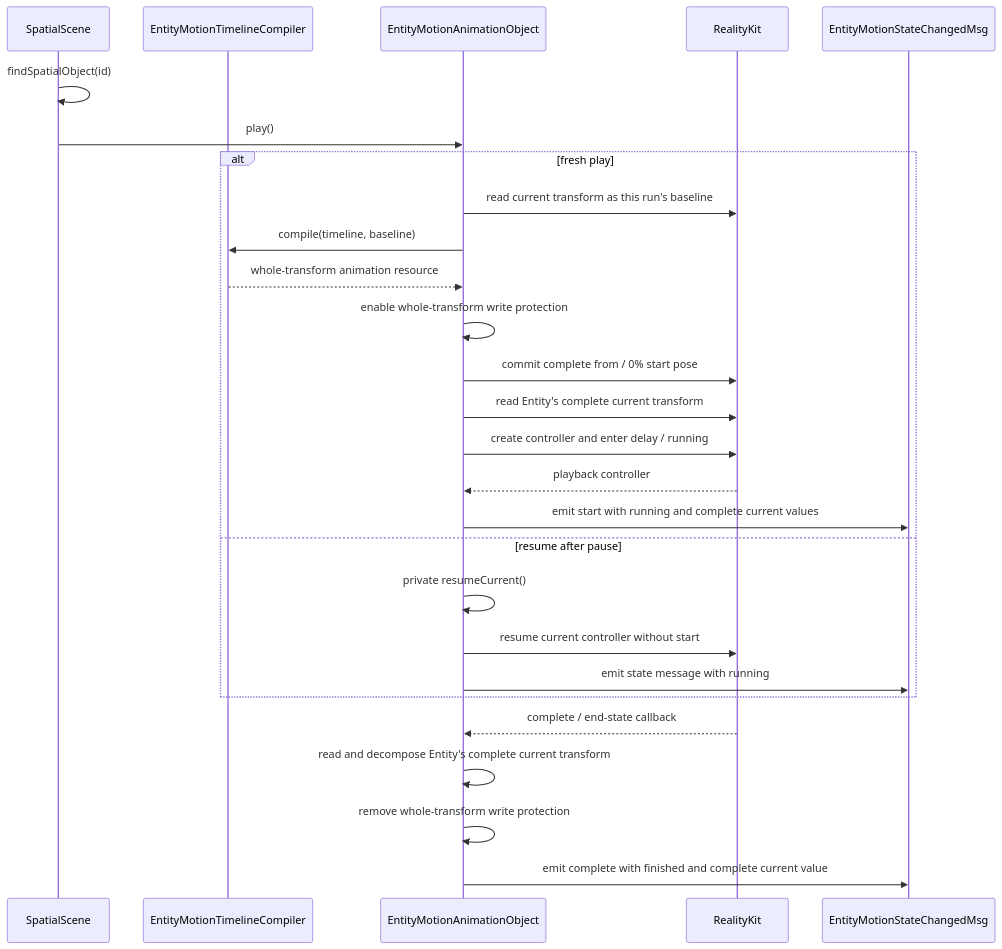
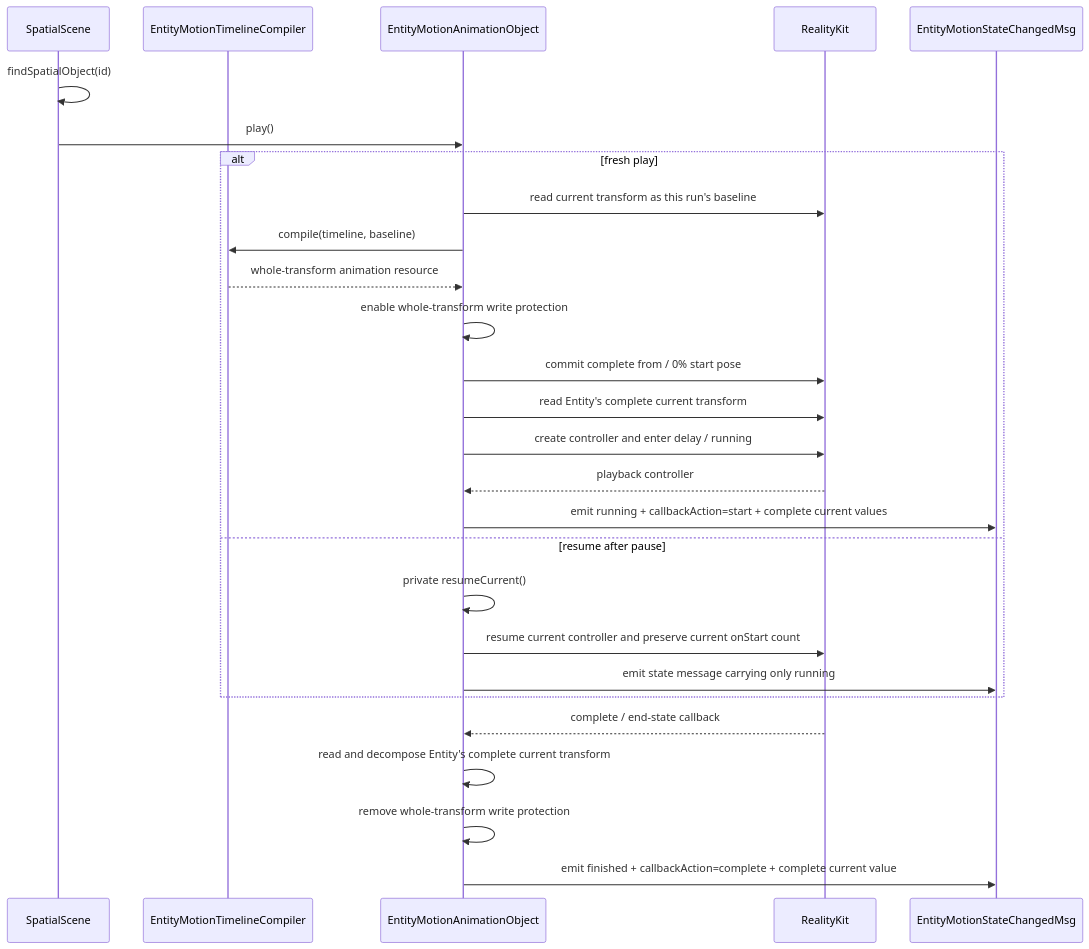
Before and after one commit to webspatial/webspatial-sdk: diagram 11 of 14 in openspec/changes/redesign-entity-motion-api/design.md, drawn with Mermaid. The commit also changed other lines of this file and 5 other files, not shown here.

````diff
--- a/openspec/changes/redesign-entity-motion-api/design.md
+++ b/openspec/changes/redesign-entity-motion-api/design.md
@@ -1231,30 +1233,30 @@
 ```mermaid
 sequenceDiagram
     participant Scene as SpatialScene
     participant Compiler as EntityMotionTimelineCompiler
     participant Obj as EntityMotionAnimationObject
     participant RK as RealityKit
     participant Event as EntityMotionStateChangedMsg
 
     Scene->>Scene: findSpatialObject(id)
     Scene->>Obj: play()
     alt fresh play
         Obj->>RK: read current transform as this run's baseline
         Obj->>Compiler: compile(timeline, baseline)
         Compiler-->>Obj: whole-transform animation resource
         Obj->>Obj: enable whole-transform write protection
         Obj->>RK: commit complete from / 0% start pose
         Obj->>RK: read Entity's complete current transform
         Obj->>RK: create controller and enter delay / running
         RK-->>Obj: playback controller
-        Obj->>Event: emit start with running and complete current values
+        Obj->>Event: emit running + callbackAction=start + complete current values
     else resume after pause
         Obj->>Obj: private resumeCurrent()
-        Obj->>RK: resume current controller without start
-        Obj->>Event: emit state message with running
+        Obj->>RK: resume current controller and preserve current onStart count
+        Obj->>Event: emit state message carrying only running
     end
     RK-->>Obj: complete / end-state callback
     Obj->>Obj: read and decompose Entity's complete current transform
     Obj->>Obj: remove whole-transform write protection
-    Obj->>Event: emit complete with finished and complete current value
+    Obj->>Event: emit finished + callbackAction=complete + complete current value
 ```
````
